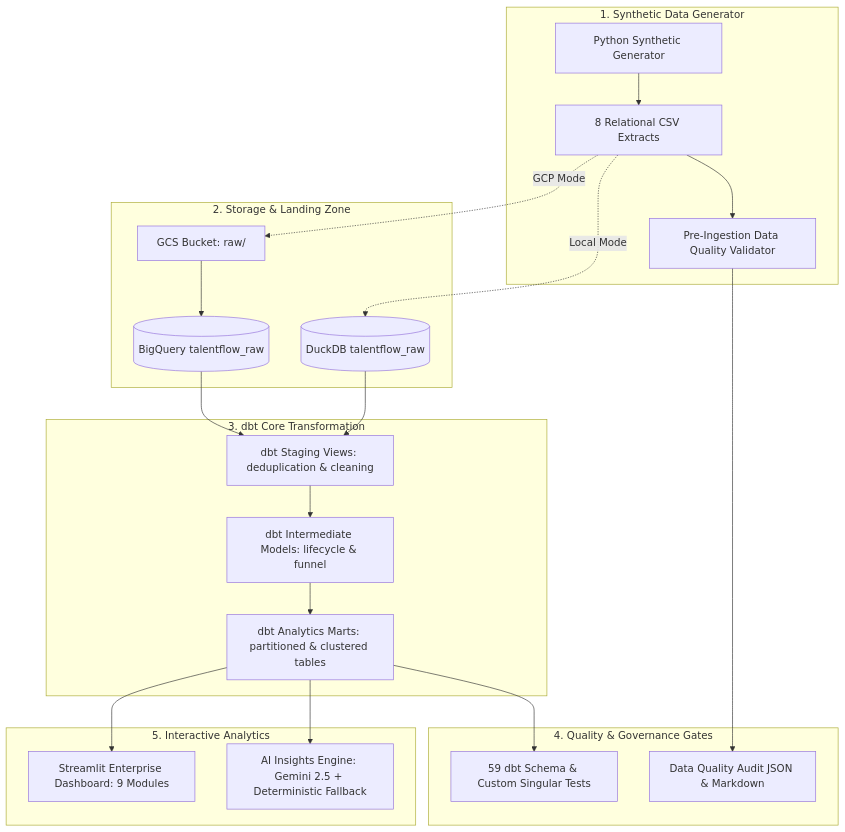
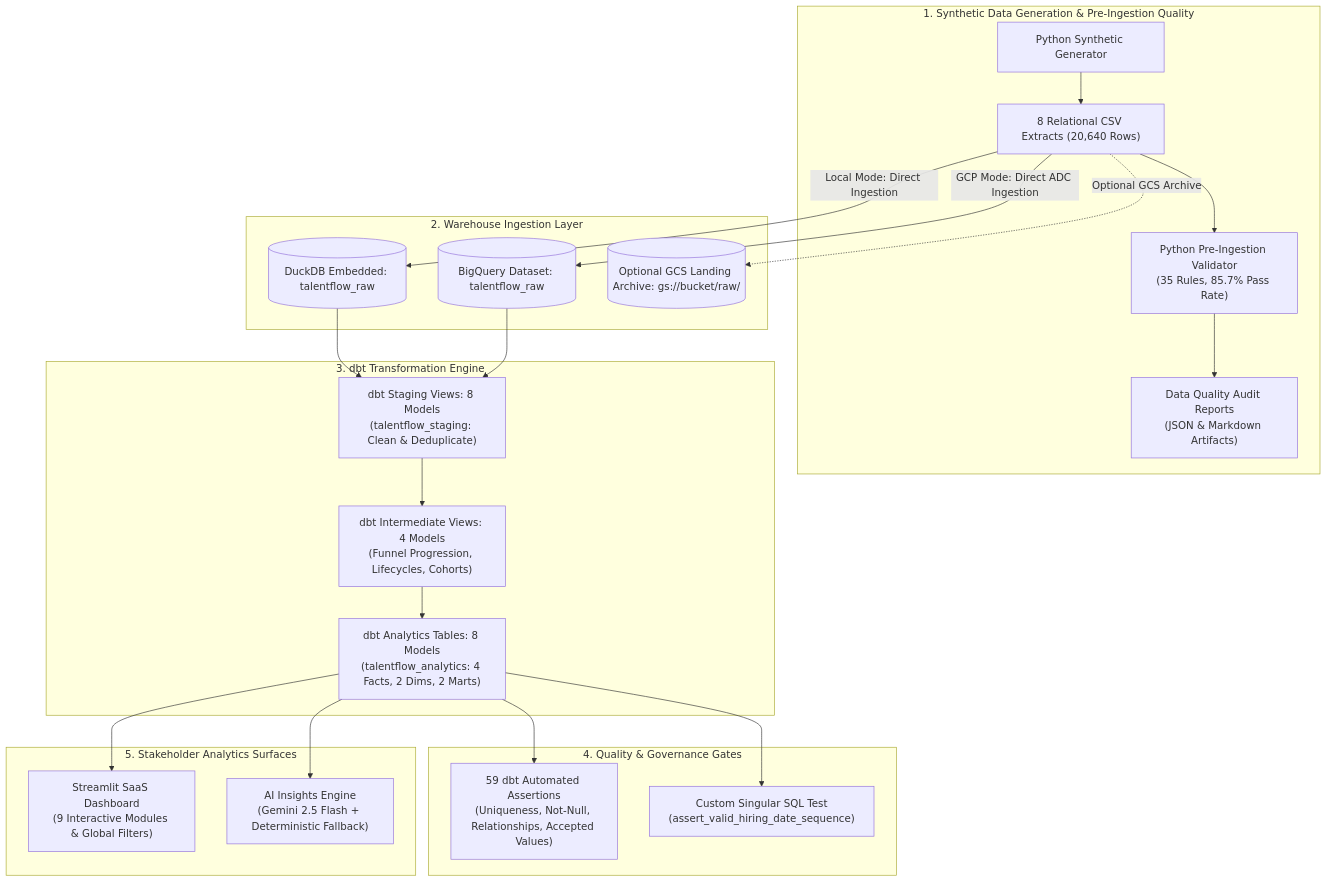
One commit to Harshateja01/talentflow-analytics-platform changed the diagram in README.md. Above: the diagram before and after it, drawn with Mermaid. The commit also changed other lines of this file and 15 other files, not shown here.

Commit message:
feat: finalize TalentFlow analytics platform with BigQuery support and tests

````diff
--- a/README.md
+++ b/README.md
@@ -39,45 +44,50 @@
 ```mermaid
 flowchart TD
-    subgraph Data_Generation [1. Synthetic Data Generator]
-        Gen[Python Synthetic Generator]
-        CSVs[8 Relational CSV Extracts]
-        DQ_Pre[Pre-Ingestion Data Quality Validator]
+    subgraph S1 ["1. Synthetic Data Generation & Pre-Ingestion Quality"]
+        Gen["Python Synthetic Generator"]
+        CSVs["8 Relational CSV Extracts (20,640 Rows)"]
+        DQ_Pre["Python Pre-Ingestion Validator<br/>(35 Rules, 85.7% Pass Rate)"]
+        Audit_Rep["Data Quality Audit Reports<br/>(JSON & Markdown Artifacts)"]
+
         Gen --> CSVs
         CSVs --> DQ_Pre
+        DQ_Pre --> Audit_Rep
     end
 
-    subgraph Storage_Layer [2. Storage & Landing Zone]
-        GCS[GCS Bucket: raw/]
-        DuckDB_Raw[(DuckDB talentflow_raw)]
-        BQ_Raw[(BigQuery talentflow_raw)]
-        
-        CSVs -. Local Mode .-> DuckDB_Raw
-        CSVs -. GCP Mode .-> GCS
-        GCS --> BQ_Raw
+    subgraph S2 ["2. Warehouse Ingestion Layer"]
+        DuckDB_Raw[("DuckDB Embedded: talentflow_raw")]
+        BQ_Raw[("BigQuery Dataset: talentflow_raw")]
+        GCS[("Optional GCS Landing Archive: gs://bucket/raw/")]
+
+        CSVs -->|"Local Mode: Direct Ingestion"| DuckDB_Raw
+        CSVs -->|"GCP Mode: Direct ADC Ingestion"| BQ_Raw
+        CSVs -. "Optional GCS Archive" .-> GCS
     end
 
-    subgraph Transformation_Engine [3. dbt Core Transformation]
-        Staging[dbt Staging Views: deduplication & cleaning]
-        Intermediate[dbt Intermediate Models: lifecycle & funnel]
-        Marts[dbt Analytics Marts: partitioned & clustered tables]
-        
+    subgraph S3 ["3. dbt Transformation Engine"]
+        Staging["dbt Staging Views: 8 Models<br/>(talentflow_staging: Clean & Deduplicate)"]
+        Intermediate["dbt Intermediate Views: 4 Models<br/>(Funnel Progression, Lifecycles, Cohorts)"]
+        Marts["dbt Analytics Tables: 8 Models<br/>(talentflow_analytics: 4 Facts, 2 Dims, 2 Marts)"]
+
         DuckDB_Raw --> Staging
         BQ_Raw --> Staging
         Staging --> Intermediate
         Intermediate --> Marts
     end
 
-    subgraph Quality_Governance [4. Quality & Governance Gates]
-        dbt_Tests[59 dbt Schema & Custom Singular Tests]
-        Audit_Rep[Data Quality Audit JSON & Markdown]
+    subgraph S4 ["4. Quality & Governance Gates"]
+        dbt_Tests["59 dbt Automated Assertions<br/>(Uniqueness, Not-Null, Relationships, Accepted Values)"]
+        Singular_Test["Custom Singular SQL Test<br/>(assert_valid_hiring_date_sequence)"]
+
         Marts --> dbt_Tests
-        DQ_Pre --> Audit_Rep
+        Marts --> Singular_Test
     end
 
-    subgraph Stakeholder_Surfaces [5. Interactive Analytics]
-        Dashboard[Streamlit Enterprise Dashboard: 9 Modules]
-        AI_Insights[AI Insights Engine: Gemini 2.5 + Deterministic Fallback]
+    subgraph S5 ["5. Stakeholder Analytics Surfaces"]
+        Dashboard["Streamlit SaaS Dashboard<br/>(9 Interactive Modules & Global Filters)"]
+        AI_Engine["AI Insights Engine<br/>(Gemini 2.5 Flash + Deterministic Fallback)"]
+
         Marts --> Dashboard
-        Marts --> AI_Insights
+        Marts --> AI_Engine
     end
 ```
````
